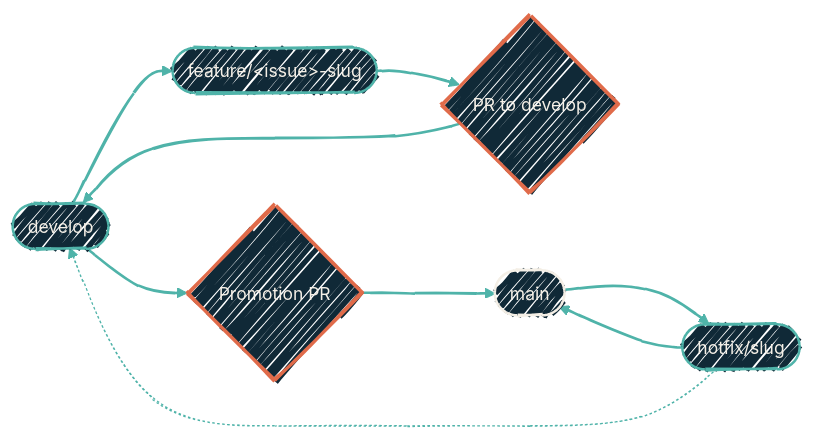
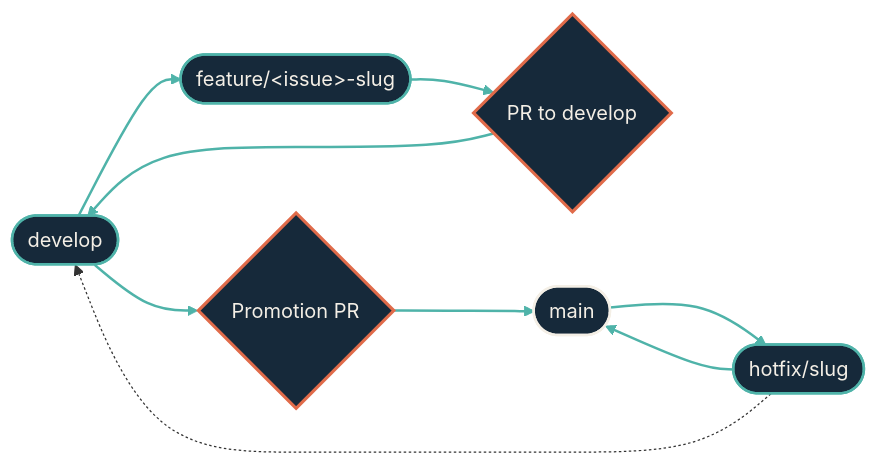
One commit to dryvist/docs changed the diagram in conventions/branch-conventions.mdx. Above: the diagram before and after it, drawn with Mermaid. The commit also changed other lines of this file and 116 other files, not shown here.

````diff
--- a/conventions/branch-conventions.mdx
+++ b/conventions/branch-conventions.mdx
@@ -9,30 +9,33 @@
 ```mermaid
-%%{init: {'theme':'base','look':'handDrawn','themeVariables':{'fontFamily':'Geist','fontSize':'14px','primaryColor':'#102937','primaryTextColor':'#F4EFE6','primaryBorderColor':'#4FB3A9','lineColor':'#4FB3A9','secondaryColor':'#0B1D2A','tertiaryColor':'#1A2A38','clusterBkg':'rgba(79,179,169,0.08)','clusterBorder':'#4FB3A9'}}}%%
+%%{init: {"theme":"base","look":"handDrawn","themeVariables":{"primaryColor":"#123a36","primaryTextColor":"#f4efe6","primaryBorderColor":"#4fb3a9","lineColor":"#4fb3a9","secondaryColor":"#0b1d2a","tertiaryColor":"#16293a","clusterBkg":"#08151f","clusterBorder":"#4fb3a9","fontFamily":"'Geist Sans', system-ui, -apple-system, BlinkMacSystemFont, 'Segoe UI', Roboto, sans-serif","fontSize":"14px"}}}%%
 %% Shape: parallel convergence. Boundary crossings: 0. Ranks: max 3.
 %% Aspect: ~3.5:1 (LR). Pass.
 flowchart LR
+  classDef src fill:#16293a,stroke:#e06b4a,stroke-width:2px,color:#f4efe6;
+  classDef ai fill:#16293a,stroke:#e06b4a,stroke-width:2px,color:#f4efe6;
+  classDef gate fill:#16293a,stroke:#e06b4a,stroke-width:2.5px,color:#f4efe6;
+  classDef hop fill:#16293a,stroke:#4fb3a9,stroke-width:2px,color:#f4efe6;
+  classDef host fill:#16293a,stroke:#4fb3a9,stroke-width:2px,color:#f4efe6;
+  classDef sink fill:#16293a,stroke:#f4efe6,stroke-width:2px,color:#f4efe6;
+  classDef auto fill:#16293a,stroke:#f4efe6,stroke-width:1.5px,color:#f4efe6;
+  classDef external fill:#16293a,stroke:#e6b35a,stroke-width:2px,color:#f4efe6;
   Develop(["develop"])
   Feature(["feature/&lt;issue&gt;-slug"])
   PRDev{"PR to develop"}
   Promote{"Promotion PR"}
   Main(["main"])
   Hotfix(["hotfix/slug"])
 
   Develop --> Feature --> PRDev --> Develop
   Develop --> Promote --> Main
   Main --> Hotfix --> Main
   Hotfix -.-> Develop
 
-  classDef src  fill:#102937,stroke:#E06B4A,stroke-width:2px,color:#F4EFE6;
-  classDef hop  fill:#102937,stroke:#4FB3A9,stroke-width:2px,color:#F4EFE6;
-  classDef gate fill:#102937,stroke:#E06B4A,stroke-width:2.5px,color:#F4EFE6;
-  classDef sink fill:#102937,stroke:#F4EFE6,stroke-width:2px,color:#F4EFE6;
-
   class Develop hop
   class Feature hop
   class PRDev,Promote gate
   class Main sink
   class Hotfix hop
 
   linkStyle 0,1,2,3,4,5,6 stroke:#4FB3A9,stroke-width:2px;
 ```
````
